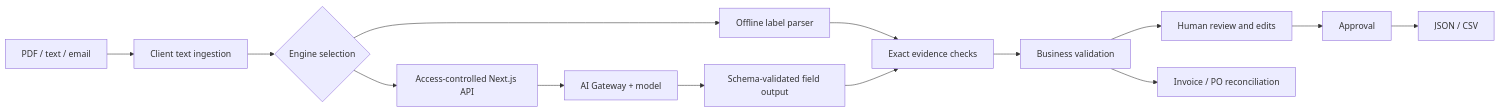
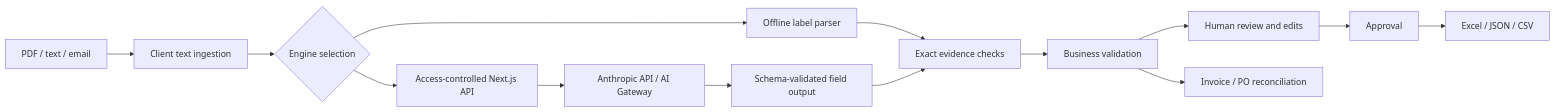
Before and after one commit to Prathamg042004/traceledger: the diagram in README.md, drawn with Mermaid. The commit also changed other lines of this file and 3 other files, not shown here.

````diff
--- a/README.md
+++ b/README.md
@@ -58,16 +59,16 @@
 ```mermaid
 flowchart LR
   A[PDF / text / email] --> B[Client text ingestion]
   B --> C{Engine selection}
   C --> D[Offline label parser]
   C --> E[Access-controlled Next.js API]
-  E --> F[AI Gateway + model]
+  E --> F[Anthropic API / AI Gateway]
   F --> G[Schema-validated field output]
   D --> H[Exact evidence checks]
   G --> H
   H --> I[Business validation]
   I --> J[Human review and edits]
   J --> K[Approval]
-  K --> L[JSON / CSV]
+  K --> L[Excel / JSON / CSV]
   I --> M[Invoice / PO reconciliation]
 ```
````
